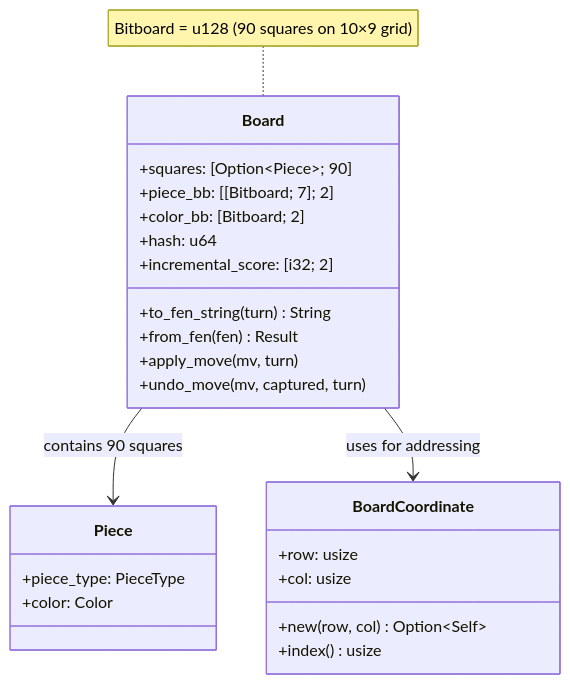
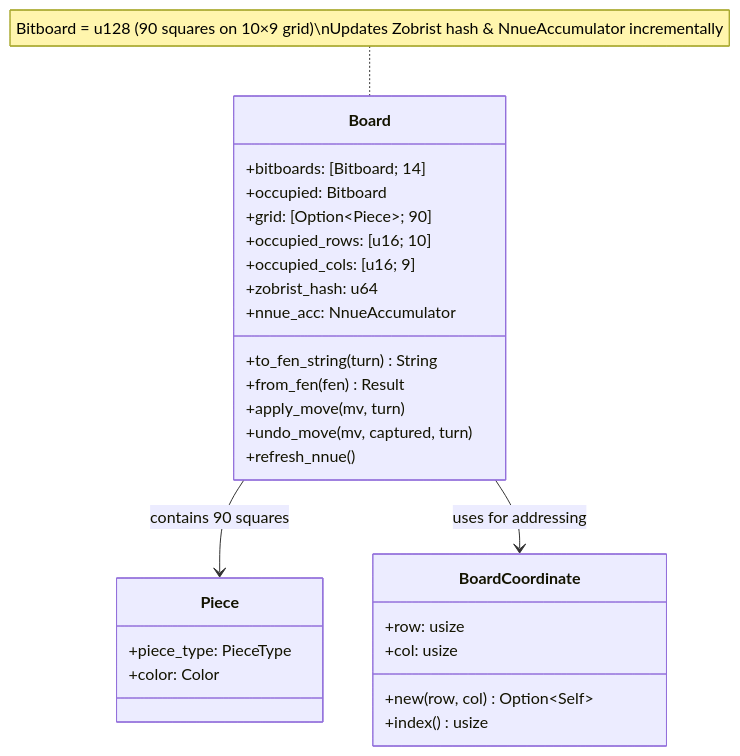
One commit to thichuong/GameCoTuong changed the second of 5 diagrams in ARCHITECTURE.md. Above: the diagram before and after it, drawn with Mermaid. The commit also changed other lines of this file and 8 other files, not shown here.

````diff
--- a/ARCHITECTURE.md
+++ b/ARCHITECTURE.md
@@ -127,31 +160,34 @@
 ```mermaid
 classDiagram
     class Board {
-        +squares: [Option~Piece~; 90]
-        +piece_bb: [[Bitboard; 7]; 2]
-        +color_bb: [Bitboard; 2]
-        +hash: u64
-        +incremental_score: [i32; 2]
+        +bitboards: [Bitboard; 14]
+        +occupied: Bitboard
+        +grid: [Option~Piece~; 90]
+        +occupied_rows: [u16; 10]
+        +occupied_cols: [u16; 9]
+        +zobrist_hash: u64
+        +nnue_acc: NnueAccumulator
         +to_fen_string(turn) String
         +from_fen(fen) Result
         +apply_move(mv, turn)
         +undo_move(mv, captured, turn)
+        +refresh_nnue()
     }
 
     class Piece {
         +piece_type: PieceType
         +color: Color
     }
 
     class BoardCoordinate {
         +row: usize
         +col: usize
         +new(row, col) Option~Self~
         +index() usize
     }
 
     Board --> Piece : contains 90 squares
     Board --> BoardCoordinate : uses for addressing
 
-    note for Board "Bitboard = u128 (90 squares on 10×9 grid)"
+    note for Board "Bitboard = u128 (90 squares on 10×9 grid)\nUpdates Zobrist hash & NnueAccumulator incrementally"
 ```
````
